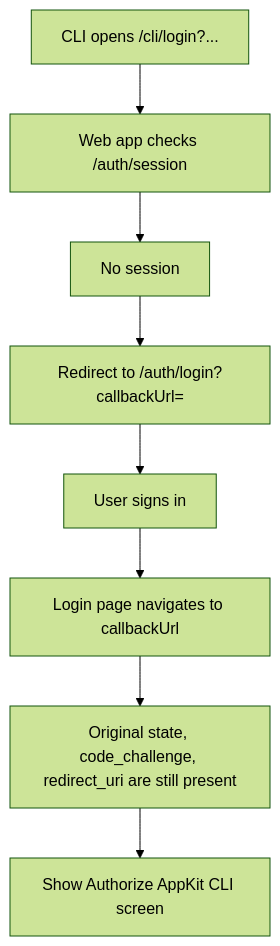
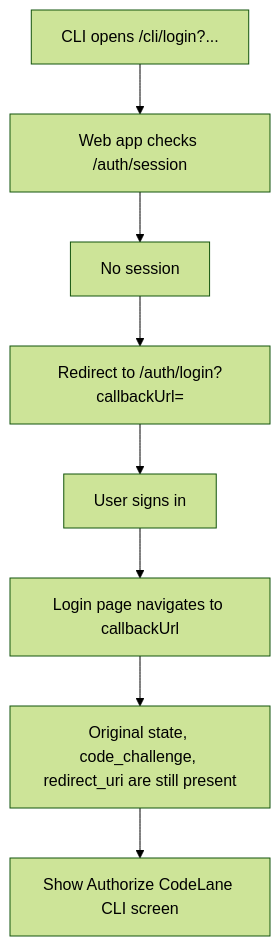
One commit to LucaMezz/codelane changed the sixth of 6 diagrams in docs/cli-auth.md. Above: the diagram before and after it, drawn with Mermaid (forest theme). The commit also changed other lines of this file and 96 other files, not shown here.

````diff
--- a/docs/cli-auth.md
+++ b/docs/cli-auth.md
@@ -679,10 +679,10 @@
 ```mermaid
 flowchart TD
   A["CLI opens /cli/login?..."] --> B["Web app checks /auth/session"]
   B --> C["No session"]
   C --> D["Redirect to /auth/login?callbackUrl=<original URL>"]
   D --> E["User signs in"]
   E --> F["Login page navigates to callbackUrl"]
   F --> G["Original state, code_challenge, redirect_uri are still present"]
-  G --> H["Show Authorize AppKit CLI screen"]
+  G --> H["Show Authorize CodeLane CLI screen"]
 ```
````
